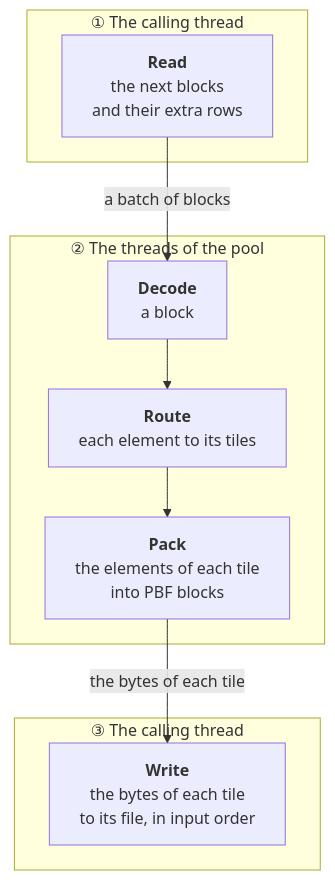
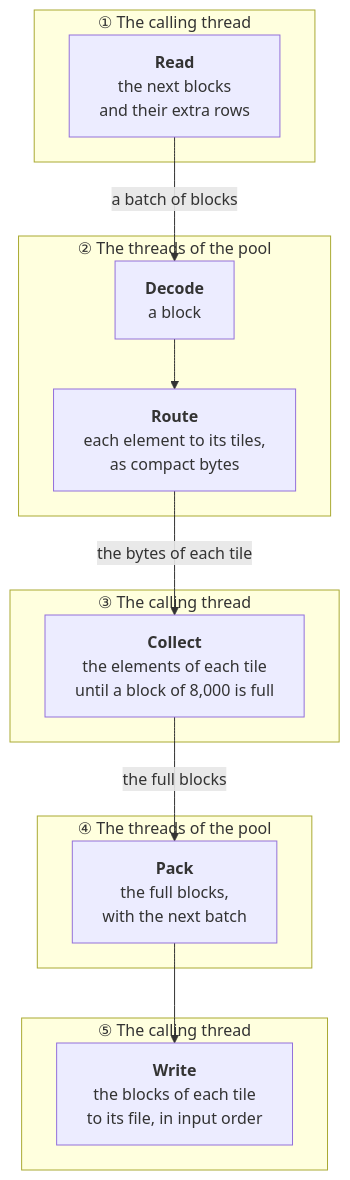
The second of 2 diagrams in docs/explanation/rules.md (Khoshkhah/pbfcut), drawn with Mermaid before and after one commit. The commit also changed other lines of this file and 6 other files, not shown here.

````diff
--- a/docs/explanation/rules.md
+++ b/docs/explanation/rules.md
@@ -71,20 +71,29 @@
 ```mermaid
 flowchart TB
     subgraph T1["① The calling thread"]
         R["<b>Read</b><br/>the next blocks<br/>and their extra rows"]
     end
 
-    subgraph P["② The threads of the pool"]
+    subgraph P1["② The threads of the pool"]
         D["<b>Decode</b><br/>a block"]
-        G["<b>Route</b><br/>each element to its tiles"]
-        K["<b>Pack</b><br/>the elements of each tile<br/>into PBF blocks"]
-        D --> G --> K
+        G["<b>Route</b><br/>each element to its tiles,<br/>as compact bytes"]
+        D --> G
     end
 
     subgraph T2["③ The calling thread"]
-        WR["<b>Write</b><br/>the bytes of each tile<br/>to its file, in input order"]
+        C["<b>Collect</b><br/>the elements of each tile<br/>until a block of 8,000 is full"]
+    end
+
+    subgraph P2["④ The threads of the pool"]
+        K["<b>Pack</b><br/>the full blocks,<br/>with the next batch"]
+    end
+
+    subgraph T3["⑤ The calling thread"]
+        WR["<b>Write</b><br/>the blocks of each tile<br/>to its file, in input order"]
     end
 
     R -- "a batch of blocks" --> D
-    K -- "the bytes of each tile" --> WR
+    G -- "the bytes of each tile" --> C
+    C -- "the full blocks" --> K
+    K --> WR
 ```
````
